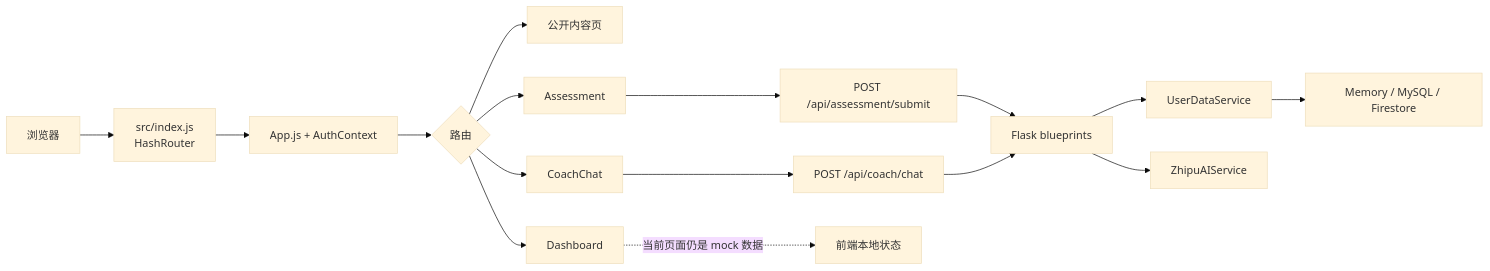
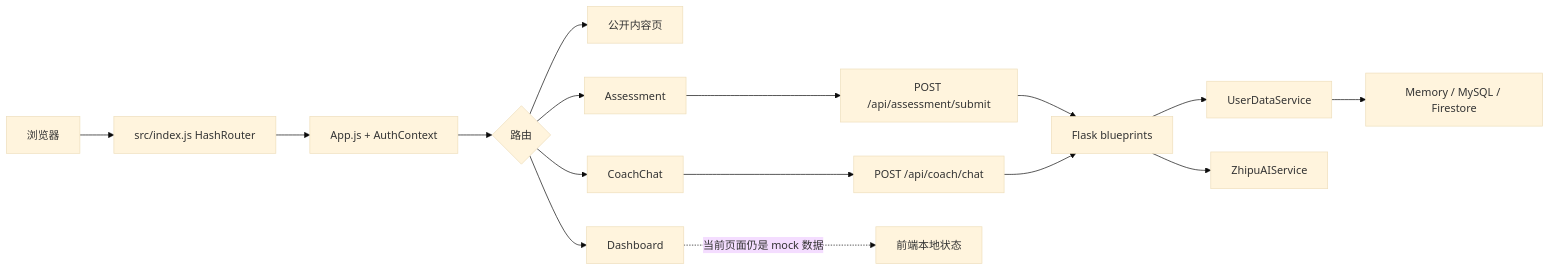
The diagram in docs/PROJECT_UNDERSTANDING.md (XiaoCow666/Caifusi), drawn with Mermaid (base theme) before and after one commit. The commit also changed other lines of this file and 4 other files, not shown here.

````diff
--- a/docs/PROJECT_UNDERSTANDING.md
+++ b/docs/PROJECT_UNDERSTANDING.md
@@ -63,18 +54,18 @@
 ```mermaid
 flowchart LR
-    A[浏览器] --> B[src/index.js\nHashRouter]
+    A[浏览器] --> B[src/index.js HashRouter]
     B --> C[App.js + AuthContext]
     C --> D{路由}
     D --> E[公开内容页]
     D --> F[Assessment]
     D --> G[CoachChat]
     D --> H[Dashboard]
     F --> I[POST /api/assessment/submit]
     G --> J[POST /api/coach/chat]
     H -.当前页面仍是 mock 数据.-> K[前端本地状态]
     I --> L[Flask blueprints]
     J --> L
     L --> M[UserDataService]
     L --> N[ZhipuAIService]
     M --> O[Memory / MySQL / Firestore]
 ```
````
